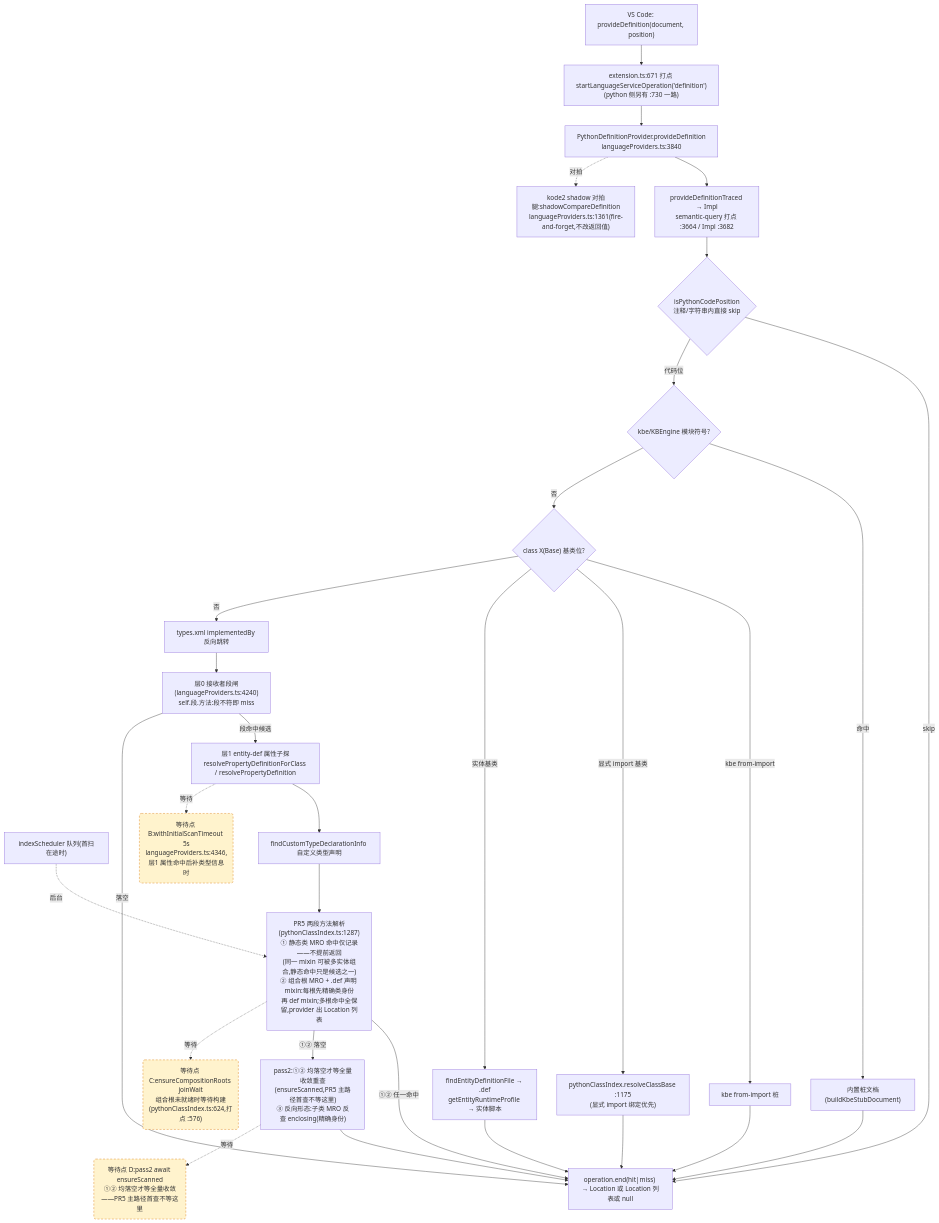
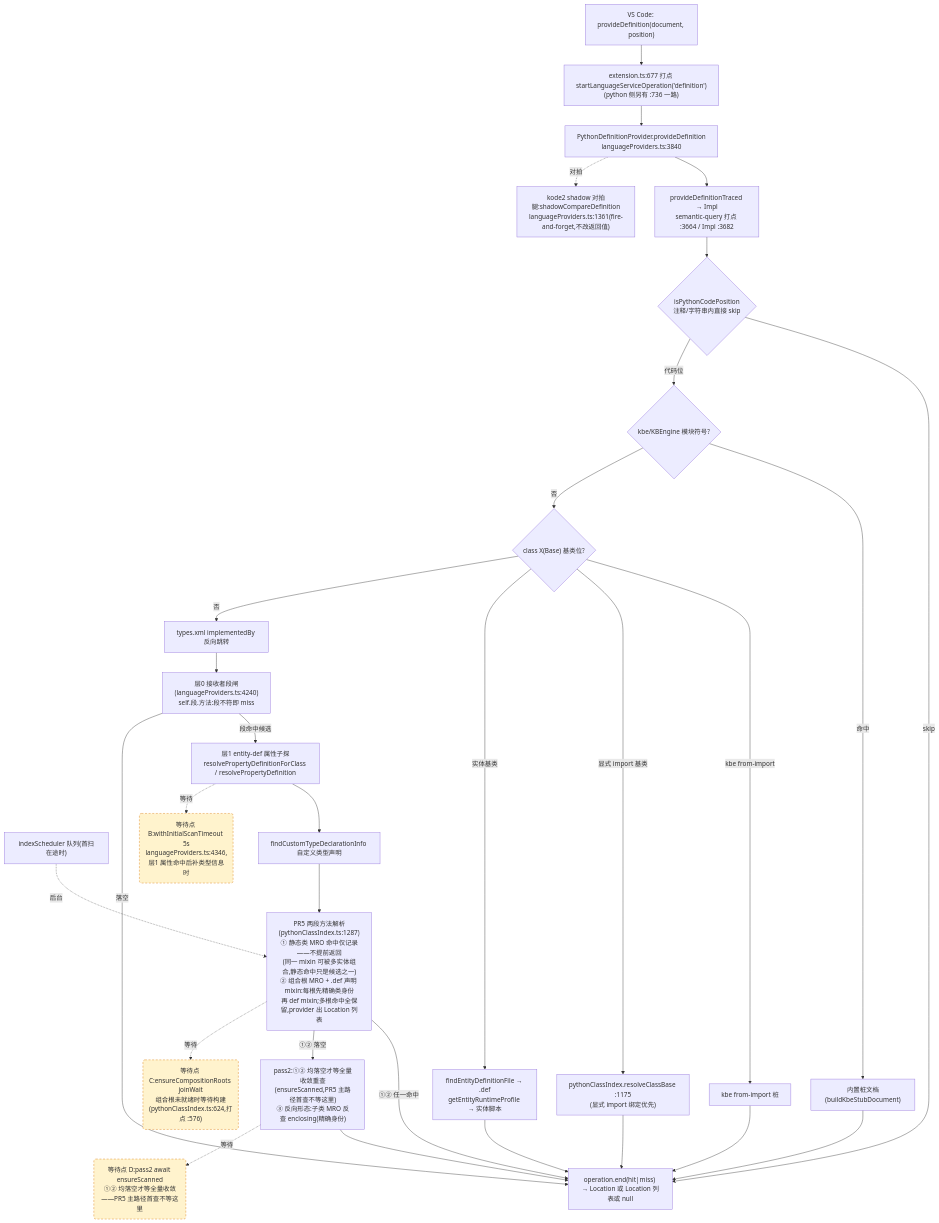
One commit to cuihairu/kode changed the second of 4 diagrams in docs/perf/2026-baseline.md. Above: the diagram before and after it, drawn with Mermaid. The commit also changed other lines of this file and 6 other files, not shown here.

````diff
--- a/docs/perf/2026-baseline.md
+++ b/docs/perf/2026-baseline.md
@@ -130,51 +130,51 @@
 ```mermaid
 flowchart TD
   VC2["VS Code: provideDefinition(document, position)"]
-  M2["extension.ts:671 打点 startLanguageServiceOperation('definition')<br/>(python 侧另有 :730 一路)"]
+  M2["extension.ts:677 打点 startLanguageServiceOperation('definition')<br/>(python 侧另有 :736 一路)"]
   AD2["PythonDefinitionProvider.provideDefinition<br/>languageProviders.ts:3840"]
   TR["provideDefinitionTraced → Impl<br/>semantic-query 打点 :3664 / Impl :3682"]
   CTX{"isPythonCodePosition<br/>注释/字符串内直接 skip"}
   KBE{"kbe/KBEngine 模块符号?"}
   STUB["内置桩文档(buildKbeStubDocument)"]
   CB{"class X(Base) 基类位?"}
   CB1["kbe from-import 桩"]
   CB2["pythonClassIndex.resolveClassBase :1175<br/>(显式 import 绑定优先)"]
   CB3["findEntityDefinitionFile → .def<br/>getEntityRuntimeProfile → 实体脚本"]
   REV["types.xml implementedBy 反向跳转"]
   L0["层0 接收者段闸(languageProviders.ts:4240)<br/>self.段.方法:段不符即 miss"]
   L1["层1 entity-def 属性子探<br/>resolvePropertyDefinitionForClass / resolvePropertyDefinition"]
   SCAN["indexScheduler 队列(首扫在途时)"]
   TY["findCustomTypeDeclarationInfo 自定义类型声明"]
   MRO["PR5 两段方法解析(pythonClassIndex.ts:1287)<br/>① 静态类 MRO 命中仅记录——不提前返回<br/>(同一 mixin 可被多实体组合,静态命中只是候选之一)<br/>② 组合根 MRO + .def 声明 mixin:每根先精确类身份<br/>再 def mixin;多根命中全保留,provider 出 Location 列表"]
   PASS2["pass2:①② 均落空才等全量收敛重查<br/>(ensureScanned,PR5 主路径首查不等这里)<br/>③ 反向形态:子类 MRO 反查 enclosing(精确身份)"]
   SHD["kode2 shadow 对拍腿:shadowCompareDefinition<br/>languageProviders.ts:1361(fire-and-forget,不改返回值)"]
   END2["operation.end(hit|miss) → Location 或 Location 列表或 null"]
 
   VC2 --> M2 --> AD2 --> TR --> CTX
   CTX -- "skip" --> END2
   CTX -- "代码位" --> KBE
   KBE -- "命中" --> STUB --> END2
   KBE -- "否" --> CB
   CB -- "kbe from-import" --> CB1 --> END2
   CB -- "显式 import 基类" --> CB2 --> END2
   CB -- "实体基类" --> CB3 --> END2
   CB -- "否" --> REV --> L0
   L0 -- "段命中候选" --> L1
   L0 -- "落空" --> END2
   L1 --> TY
   TY --> MRO
   MRO -- "①② 任一命中" --> END2
   MRO -- "①② 落空" --> PASS2 --> END2
   AD2 -.->|对拍| SHD
 
   WAITB("等待点 B:withInitialScanTimeout 5s<br/>languageProviders.ts:4346,层1 属性命中后补类型信息时")
   WAITC("等待点 C:ensureCompositionRoots joinWait<br/>组合根未就绪时等待构建(pythonClassIndex.ts:624,打点 :576)")
   WAITD("等待点 D:pass2 await ensureScanned<br/>①② 均落空才等全量收敛——PR5 主路径首查不等这里")
   L1 -.->|等待| WAITB
   MRO -.->|等待| WAITC
   PASS2 -.->|等待| WAITD
   SCAN -.->|后台| MRO
 
   classDef waitPoint fill:#fff3cd,stroke:#d97706,stroke-dasharray:5 4;
   class WAITB,WAITC,WAITD waitPoint;
 ```
````
